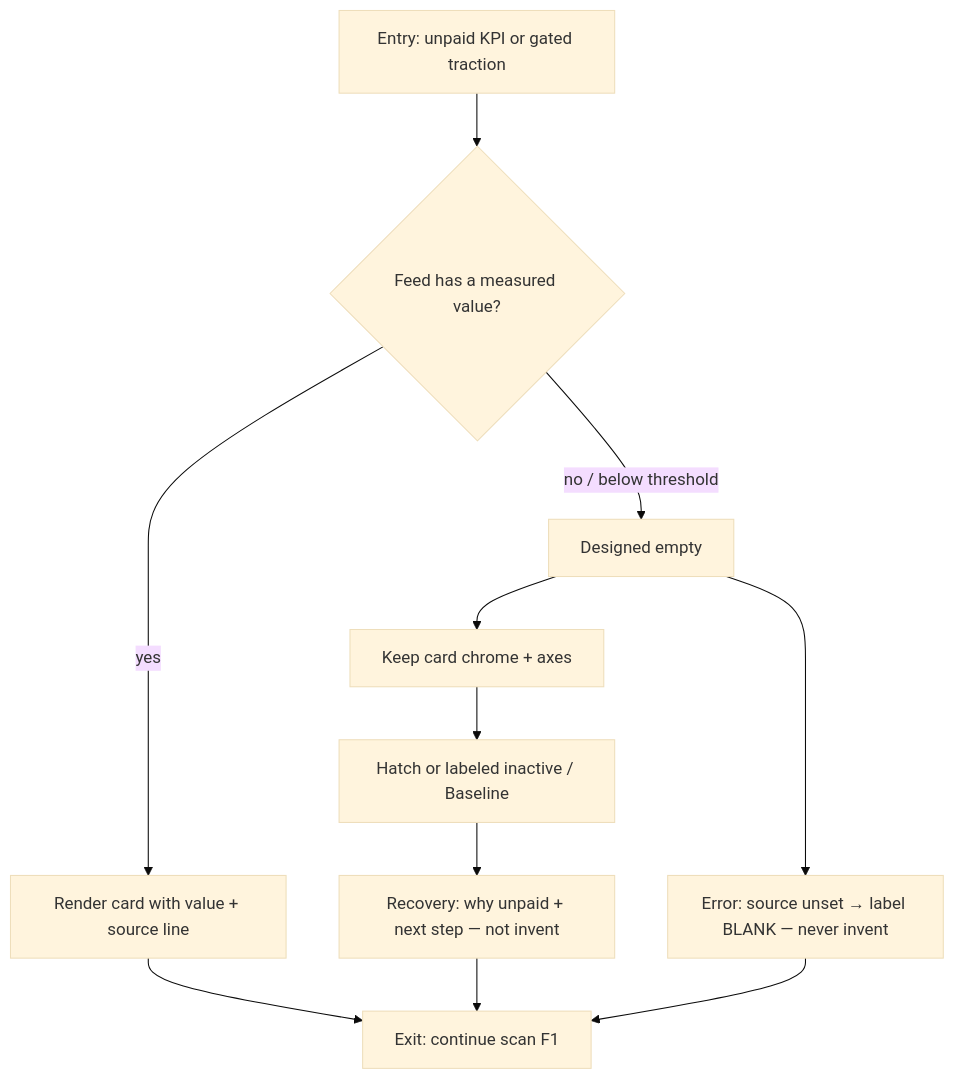
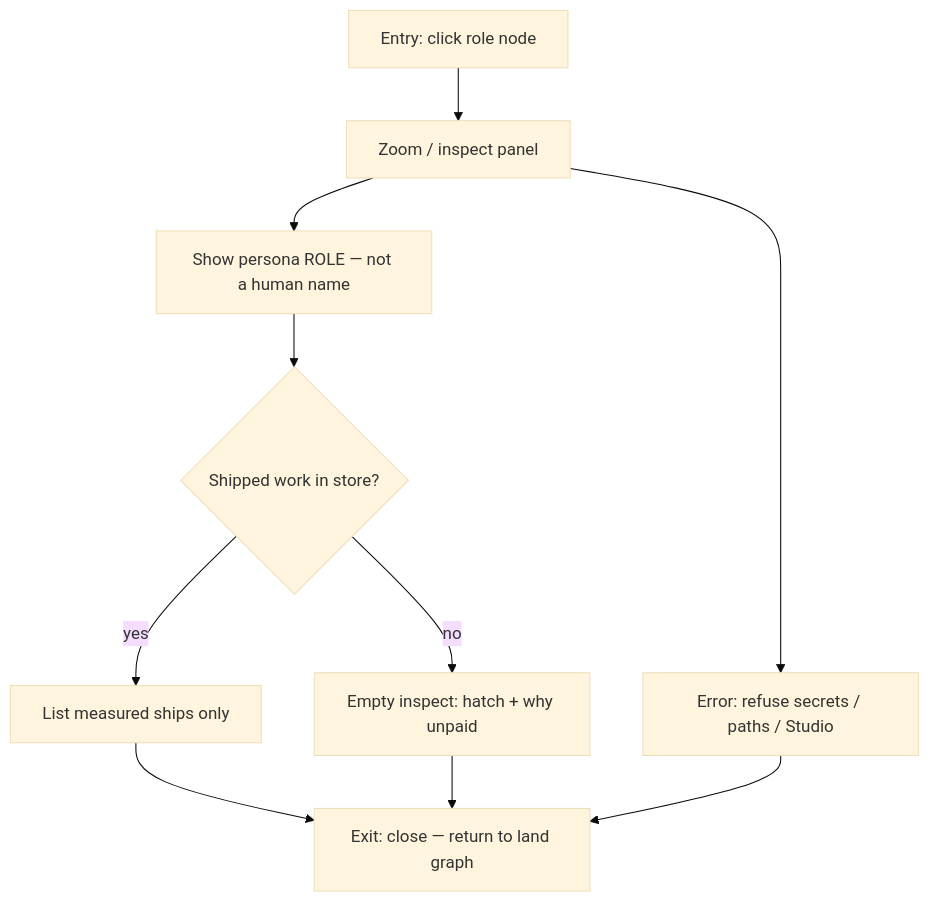
The third of 7 diagrams in dashboard/docs/ux/userflows.md (paulthorson/agentic-governance), drawn with Mermaid (base theme) before and after one commit. The commit also changed other lines of this file and 11 other files, not shown here.

First line of the commit message:
UX: Check 7+8 living-graph splash

````diff
--- a/dashboard/docs/ux/userflows.md
+++ b/dashboard/docs/ux/userflows.md
@@ -61,13 +58,12 @@
 ```mermaid
 flowchart TD
-  E3[Entry: unpaid KPI or gated traction] --> S1{Feed has a measured value?}
-  S1 -->|yes| S2[Render card with value + source line]
-  S1 -->|no / below threshold| S3[Designed empty]
-  S3 --> S4[Keep card chrome + axes]
-  S4 --> S5[Hatch or labeled inactive / Baseline]
-  S5 --> S6[Recovery: why unpaid + next step — not invent]
-  S6 --> X1[Exit: continue scan F1]
-  S2 --> X1
-  S3 --> S7[Error: source unset → label BLANK — never invent]
-  S7 --> X1
+  E3[Entry: click role node] --> Z1[Zoom / inspect panel]
+  Z1 --> Z2[Show persona ROLE — not a human name]
+  Z2 --> Z3{Shipped work in store?}
+  Z3 -->|yes| Z4[List measured ships only]
+  Z3 -->|no| Z5[Empty inspect: hatch + why unpaid]
+  Z4 --> X1[Exit: close — return to land graph]
+  Z5 --> X1
+  Z1 --> Z6[Error: refuse secrets / paths / Studio]
+  Z6 --> X1
 ```
````
